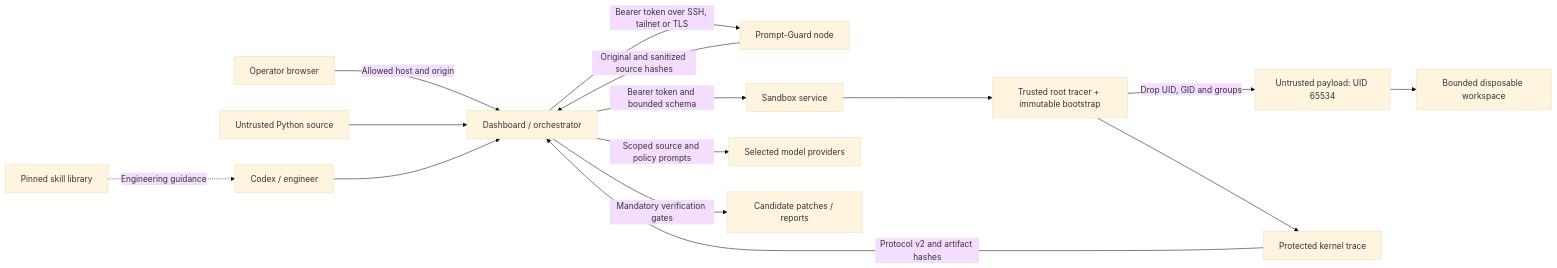
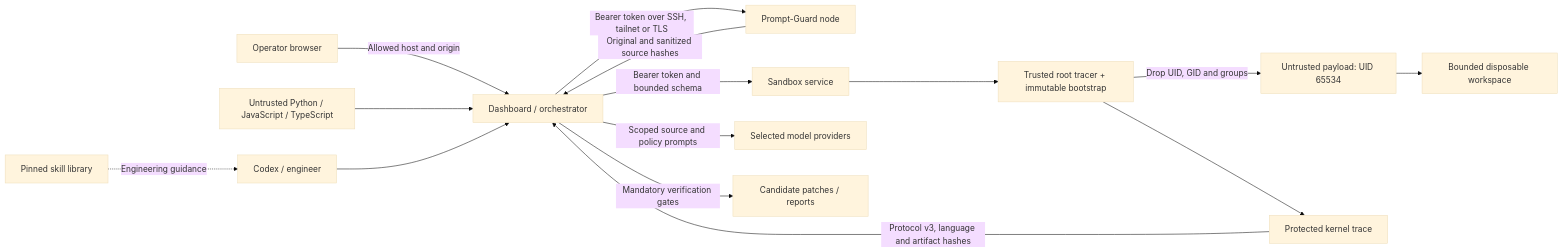
Before and after one commit to ephraimcrypto21/AgentWard-MuseVerify: the diagram in docs/THREAT_MODEL.md, drawn with Mermaid (base theme). The commit also changed other lines of this file and 35 other files, not shown here.

Commit message:
feat: add JavaScript and TypeScript language adapters with isolated verification

````diff
--- a/docs/THREAT_MODEL.md
+++ b/docs/THREAT_MODEL.md
@@ -10,17 +10,17 @@
 ```mermaid
 flowchart LR
     Browser[Operator browser] -->|Allowed host and origin| Dashboard[Dashboard / orchestrator]
-    Source[Untrusted Python source] --> Dashboard
+    Source[Untrusted Python / JavaScript / TypeScript] --> Dashboard
     Skills[Pinned skill library] -. Engineering guidance .-> Engineer[Codex / engineer]
     Engineer --> Dashboard
     Dashboard -->|Bearer token over SSH, tailnet or TLS| Ingress[Prompt-Guard node]
     Dashboard -->|Bearer token and bounded schema| Node[Sandbox service]
     Dashboard -->|Scoped source and policy prompts| Models[Selected model providers]
     Ingress -->|Original and sanitized source hashes| Dashboard
     Node --> Tracer[Trusted root tracer + immutable bootstrap]
     Tracer -->|Drop UID, GID and groups| Payload[Untrusted payload: UID 65534]
     Payload --> Workspace[Bounded disposable workspace]
     Tracer --> Evidence[Protected kernel trace]
-    Evidence -->|Protocol v2 and artifact hashes| Dashboard
+    Evidence -->|Protocol v3, language and artifact hashes| Dashboard
     Dashboard -->|Mandatory verification gates| Reports[Candidate patches / reports]
 ```
````
